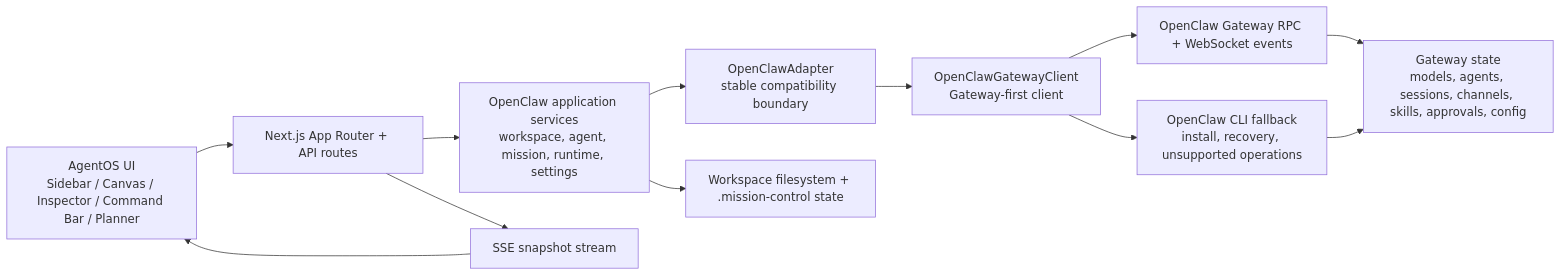
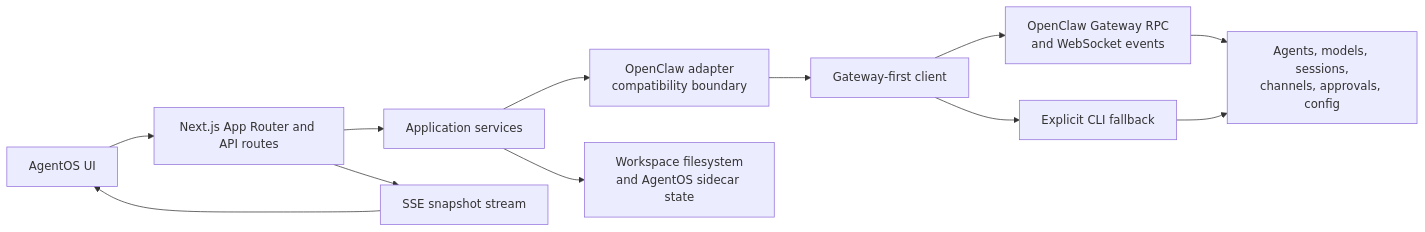
One commit to SapienXai/AgentOS changed the second of 2 diagrams in README.md. Above: the diagram before and after it, drawn with Mermaid. The commit also changed other lines of this file, not shown here.

Commit message:
docs: reposition AgentOS README

````diff
--- a/README.md
+++ b/README.md
@@ -217,14 +239,14 @@
 ```mermaid
 flowchart LR
-    UI["AgentOS UI<br/>Sidebar / Canvas / Inspector / Command Bar / Planner"] --> API["Next.js App Router + API routes"]
-    API --> APP["OpenClaw application services<br/>workspace, agent, mission, runtime, settings"]
-    APP --> ADAPTER["OpenClawAdapter<br/>stable compatibility boundary"]
-    ADAPTER --> CLIENT["OpenClawGatewayClient<br/>Gateway-first client"]
-    CLIENT --> GATEWAY["OpenClaw Gateway RPC + WebSocket events"]
-    CLIENT --> CLI["OpenClaw CLI fallback<br/>install, recovery, unsupported operations"]
-    GATEWAY --> STATE["Gateway state<br/>models, agents, sessions, channels, skills, approvals, config"]
+    UI["AgentOS UI"] --> API["Next.js App Router and API routes"]
+    API --> APP["Application services"]
+    APP --> ADAPTER["OpenClaw adapter<br/>compatibility boundary"]
+    ADAPTER --> CLIENT["Gateway-first client"]
+    CLIENT --> GATEWAY["OpenClaw Gateway RPC<br/>and WebSocket events"]
+    CLIENT --> CLI["Explicit CLI fallback"]
+    GATEWAY --> STATE["Agents, models, sessions,<br/>channels, approvals, config"]
     CLI --> STATE
-    APP --> FS["Workspace filesystem + .mission-control state"]
+    APP --> FS["Workspace filesystem<br/>and AgentOS sidecar state"]
     API --> STREAM["SSE snapshot stream"]
     STREAM --> UI
 ```
````
